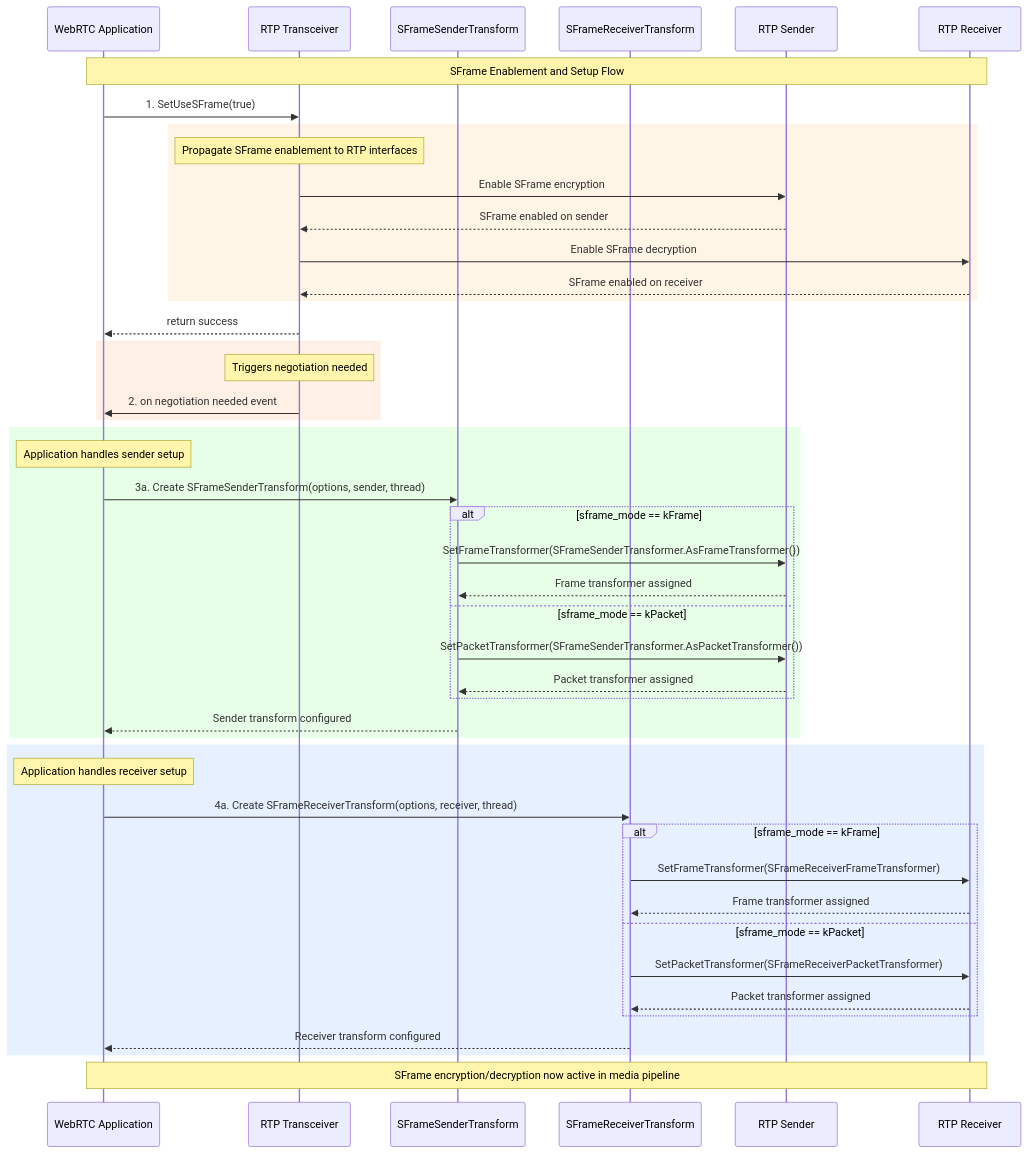
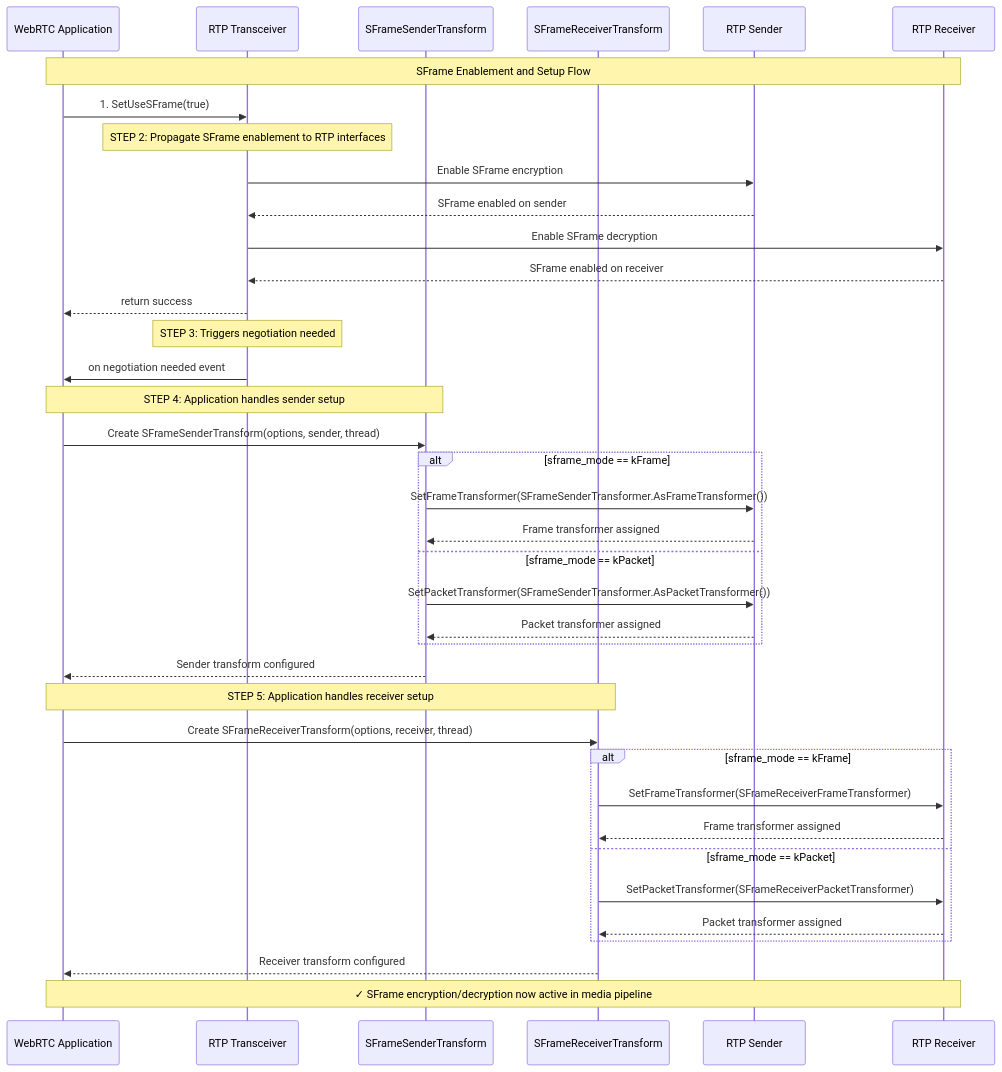
One commit to webex/webrtc-sframe changed the first of 22 diagrams in README.md. Above: the diagram before and after it, drawn with Mermaid. The commit also changed other lines of this file, not shown here.

Commit message:
fix coloring

````diff
--- a/README.md
+++ b/README.md
@@ -15,60 +15,51 @@
 ```mermaid
 sequenceDiagram
     participant App as WebRTC Application
     participant T as RTP Transceiver
     participant SenderTransform as SFrameSenderTransform
     participant ReceiverTransform as SFrameReceiverTransform
     participant S as RTP Sender
     participant R as RTP Receiver
 
     Note over App,R: SFrame Enablement and Setup Flow
 
     App->>T: 1. SetUseSFrame(true)
     
-    rect rgb(255, 245, 230)
-        Note over T: Propagate SFrame enablement to RTP interfaces
-        T->>S: Enable SFrame encryption
-        S-->>T: SFrame enabled on sender
-        T->>R: Enable SFrame decryption
-        R-->>T: SFrame enabled on receiver
+    Note over T: STEP 2: Propagate SFrame enablement to RTP interfaces
+    T->>S: Enable SFrame encryption
+    S-->>T: SFrame enabled on sender
+    T->>R: Enable SFrame decryption
+    R-->>T: SFrame enabled on receiver
+    T-->>App: return success
+    
+    Note over T: STEP 3: Triggers negotiation needed
+    T->>App: on negotiation needed event
+    
+    Note over App,SenderTransform: STEP 4: Application handles sender setup
+    App->>SenderTransform: Create SFrameSenderTransform(options, sender, thread)
+    
+    alt sframe_mode == kFrame
+        SenderTransform->>S: SetFrameTransformer(SFrameSenderTransformer.AsFrameTransformer())
+        S-->>SenderTransform: Frame transformer assigned
+    else sframe_mode == kPacket
+        SenderTransform->>S: SetPacketTransformer(SFrameSenderTransformer.AsPacketTransformer())
+        S-->>SenderTransform: Packet transformer assigned
     end
     
-    T-->>App: return success
+    SenderTransform-->>App: Sender transform configured
     
-    rect rgb(255, 240, 230)
-        Note over T: Triggers negotiation needed
-        T->>App: 2. on negotiation needed event
+    Note over App,ReceiverTransform: STEP 5: Application handles receiver setup
+    App->>ReceiverTransform: Create SFrameReceiverTransform(options, receiver, thread)
+    
+    alt sframe_mode == kFrame
+        ReceiverTransform->>R: SetFrameTransformer(SFrameReceiverFrameTransformer)
+        R-->>ReceiverTransform: Frame transformer assigned
+    else sframe_mode == kPacket
+        ReceiverTransform->>R: SetPacketTransformer(SFrameReceiverPacketTransformer)
+        R-->>ReceiverTransform: Packet transformer assigned
     end
     
-    rect rgb(230, 255, 230)
-        Note over App: Application handles sender setup
-        App->>SenderTransform: 3a. Create SFrameSenderTransform(options, sender, thread)
-        
-        alt sframe_mode == kFrame
-            SenderTransform->>S: SetFrameTransformer(SFrameSenderTransformer.AsFrameTransformer())
-            S-->>SenderTransform: Frame transformer assigned
-        else sframe_mode == kPacket
-            SenderTransform->>S: SetPacketTransformer(SFrameSenderTransformer.AsPacketTransformer())
-            S-->>SenderTransform: Packet transformer assigned
-        end
-        
-        SenderTransform-->>App: Sender transform configured
-    end
+    ReceiverTransform-->>App: Receiver transform configured
     
-    rect rgb(230, 240, 255)
-        Note over App: Application handles receiver setup
-        App->>ReceiverTransform: 4a. Create SFrameReceiverTransform(options, receiver, thread)
-        
-        alt sframe_mode == kFrame
-            ReceiverTransform->>R: SetFrameTransformer(SFrameReceiverFrameTransformer)
-            R-->>ReceiverTransform: Frame transformer assigned
-        else sframe_mode == kPacket
-            ReceiverTransform->>R: SetPacketTransformer(SFrameReceiverPacketTransformer)
-            R-->>ReceiverTransform: Packet transformer assigned
-        end
-        
-        ReceiverTransform-->>App: Receiver transform configured
-    end
-    
-    Note over App,R: SFrame encryption/decryption now active in media pipeline
+    Note over App,R: ✓ SFrame encryption/decryption now active in media pipeline
 ```
````
